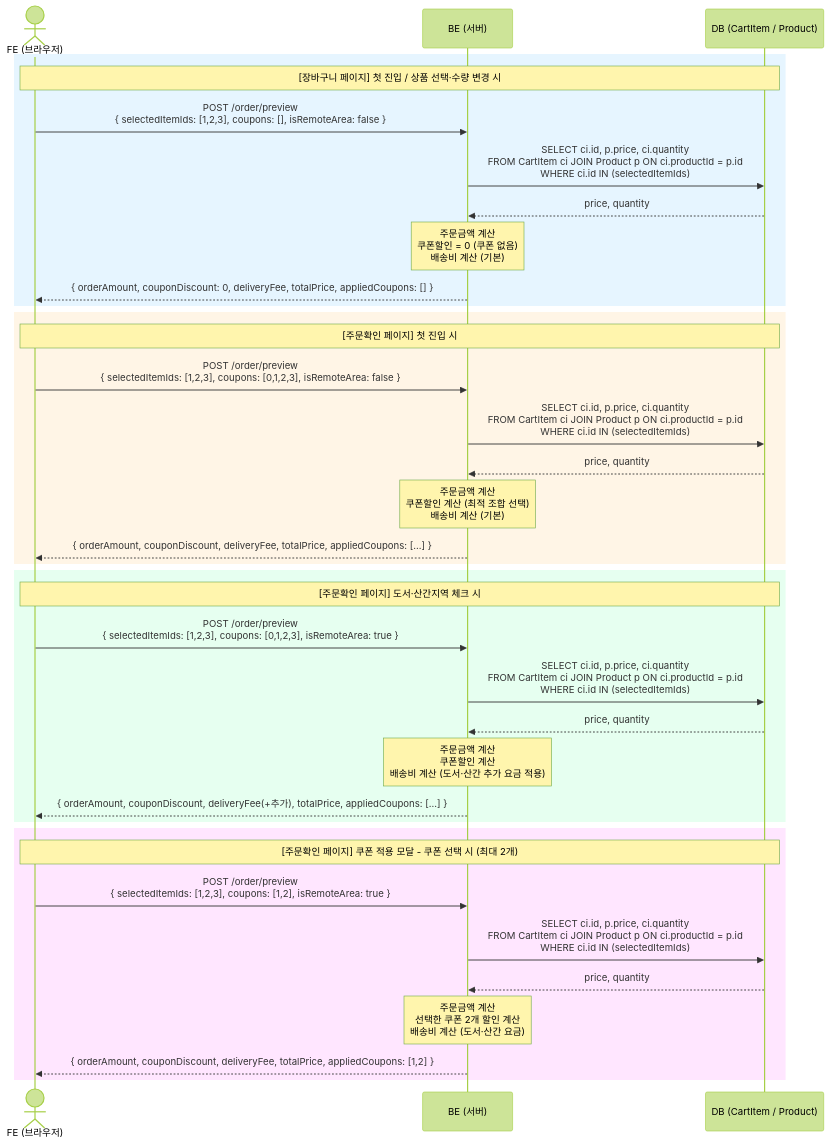
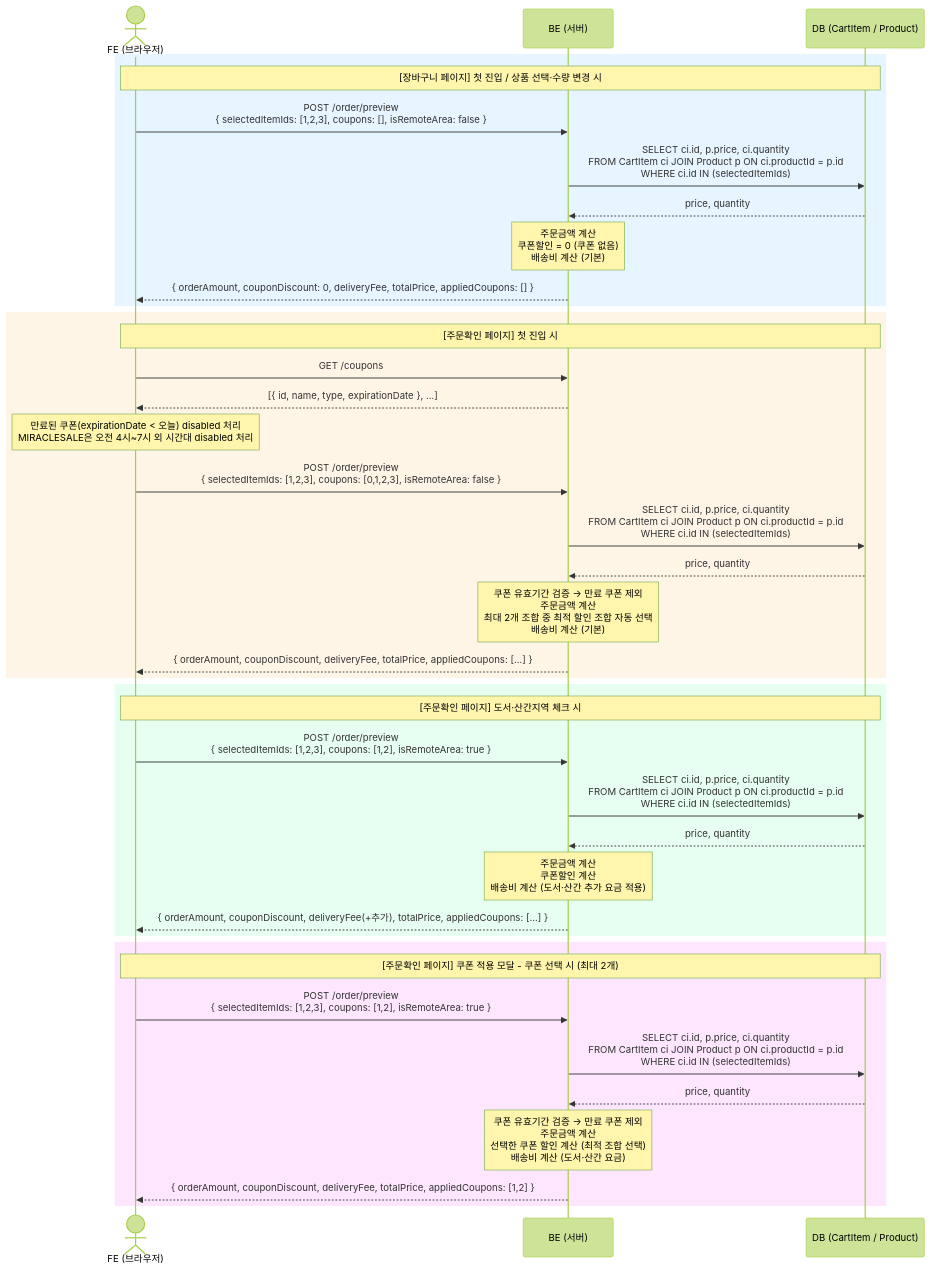
Before and after one commit to Eastar-DS/shopping-cart-full-stack: the diagram in docs/SEQUENCE-DIAGRAM.md, drawn with Mermaid (forest theme).

Commit message:
docs(diagram): 시퀀스다이어그램에 만료된쿠폰관련 로직 추가

````diff
--- a/docs/SEQUENCE-DIAGRAM.md
+++ b/docs/SEQUENCE-DIAGRAM.md
@@ -1,74 +1,80 @@
 ```mermaid
 sequenceDiagram
 actor FE as FE (브라우저)
 participant BE as BE (서버)
 participant DB as DB (CartItem / Product)
 
     %% ─────────────────────────────────────────
     %% 1. 장바구니 페이지 (주문 확인 전)
     %% ─────────────────────────────────────────
     rect rgb(230, 245, 255)
         Note over FE,DB: [장바구니 페이지] 첫 진입 / 상품 선택·수량 변경 시
 
         FE->>BE: POST /order/preview<br/>{ selectedItemIds: [1,2,3], coupons: [], isRemoteArea: false }
 
         BE->>DB: SELECT ci.id, p.price, ci.quantity<br/>FROM CartItem ci JOIN Product p ON ci.productId = p.id<br/>WHERE ci.id IN (selectedItemIds)
 
         DB-->>BE: price, quantity
 
         Note over BE: 주문금액 계산<br/>쿠폰할인 = 0 (쿠폰 없음)<br/>배송비 계산 (기본)
 
         BE-->>FE: { orderAmount, couponDiscount: 0, deliveryFee, totalPrice, appliedCoupons: [] }
     end
 
     %% ─────────────────────────────────────────
     %% 2. 주문확인 페이지 첫 진입
     %% ─────────────────────────────────────────
     rect rgb(255, 245, 230)
         Note over FE,DB: [주문확인 페이지] 첫 진입 시
 
+        FE->>BE: GET /coupons
+
+        BE-->>FE: [{ id, name, type, expirationDate }, ...]
+
+        Note over FE: 만료된 쿠폰(expirationDate < 오늘) disabled 처리<br/>MIRACLESALE은 오전 4시~7시 외 시간대 disabled 처리
+
         FE->>BE: POST /order/preview<br/>{ selectedItemIds: [1,2,3], coupons: [0,1,2,3], isRemoteArea: false }
 
         BE->>DB: SELECT ci.id, p.price, ci.quantity<br/>FROM CartItem ci JOIN Product p ON ci.productId = p.id<br/>WHERE ci.id IN (selectedItemIds)
 
         DB-->>BE: price, quantity
 
-        Note over BE: 주문금액 계산<br/>쿠폰할인 계산 (최적 조합 선택)<br/>배송비 계산 (기본)
+        Note over BE: 쿠폰 유효기간 검증 → 만료 쿠폰 제외<br/>주문금액 계산<br/>최대 2개 조합 중 최적 할인 조합 자동 선택<br/>배송비 계산 (기본)
 
         BE-->>FE: { orderAmount, couponDiscount, deliveryFee, totalPrice, appliedCoupons: [...] }
     end
 
     %% ─────────────────────────────────────────
     %% 3. 도서 산간지역 체크
     %% ─────────────────────────────────────────
     rect rgb(230, 255, 240)
         Note over FE,DB: [주문확인 페이지] 도서·산간지역 체크 시
 
-        FE->>BE: POST /order/preview<br/>{ selectedItemIds: [1,2,3], coupons: [0,1,2,3], isRemoteArea: true }
+        FE->>BE: POST /order/preview<br/>{ selectedItemIds: [1,2,3], coupons: [1,2], isRemoteArea: true }
 
         BE->>DB: SELECT ci.id, p.price, ci.quantity<br/>FROM CartItem ci JOIN Product p ON ci.productId = p.id<br/>WHERE ci.id IN (selectedItemIds)
 
         DB-->>BE: price, quantity
 
         Note over BE: 주문금액 계산<br/>쿠폰할인 계산<br/>배송비 계산 (도서·산간 추가 요금 적용)
 
         BE-->>FE: { orderAmount, couponDiscount, deliveryFee(+추가), totalPrice, appliedCoupons: [...] }
     end
 
     %% ─────────────────────────────────────────
     %% 4. 쿠폰 적용 모달
     %% ─────────────────────────────────────────
     rect rgb(255, 230, 255)
         Note over FE,DB: [주문확인 페이지] 쿠폰 적용 모달 - 쿠폰 선택 시 (최대 2개)
 
         FE->>BE: POST /order/preview<br/>{ selectedItemIds: [1,2,3], coupons: [1,2], isRemoteArea: true }
 
         BE->>DB: SELECT ci.id, p.price, ci.quantity<br/>FROM CartItem ci JOIN Product p ON ci.productId = p.id<br/>WHERE ci.id IN (selectedItemIds)
 
         DB-->>BE: price, quantity
 
-        Note over BE: 주문금액 계산<br/>선택한 쿠폰 2개 할인 계산<br/>배송비 계산 (도서·산간 요금)
+        Note over BE: 쿠폰 유효기간 검증 → 만료 쿠폰 제외<br/>주문금액 계산<br/>선택한 쿠폰 할인 계산 (최적 조합 선택)<br/>배송비 계산 (도서·산간 요금)
 
         BE-->>FE: { orderAmount, couponDiscount, deliveryFee, totalPrice, appliedCoupons: [1,2] }
     end
 ```
````
